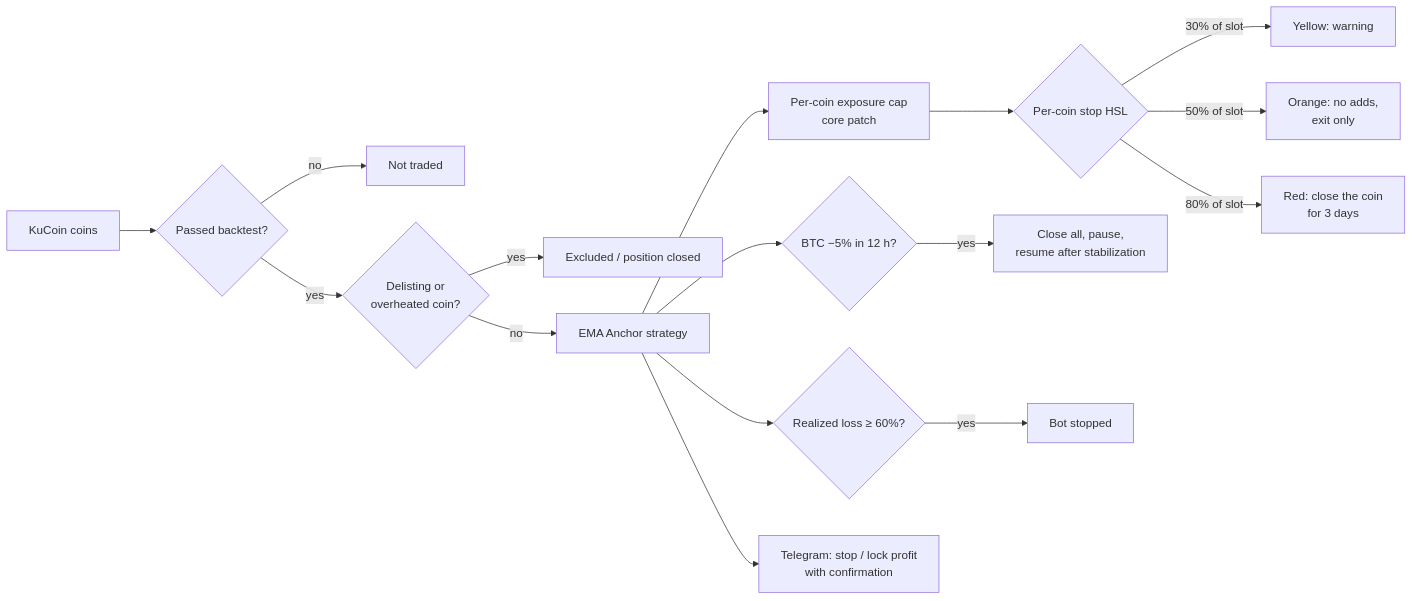
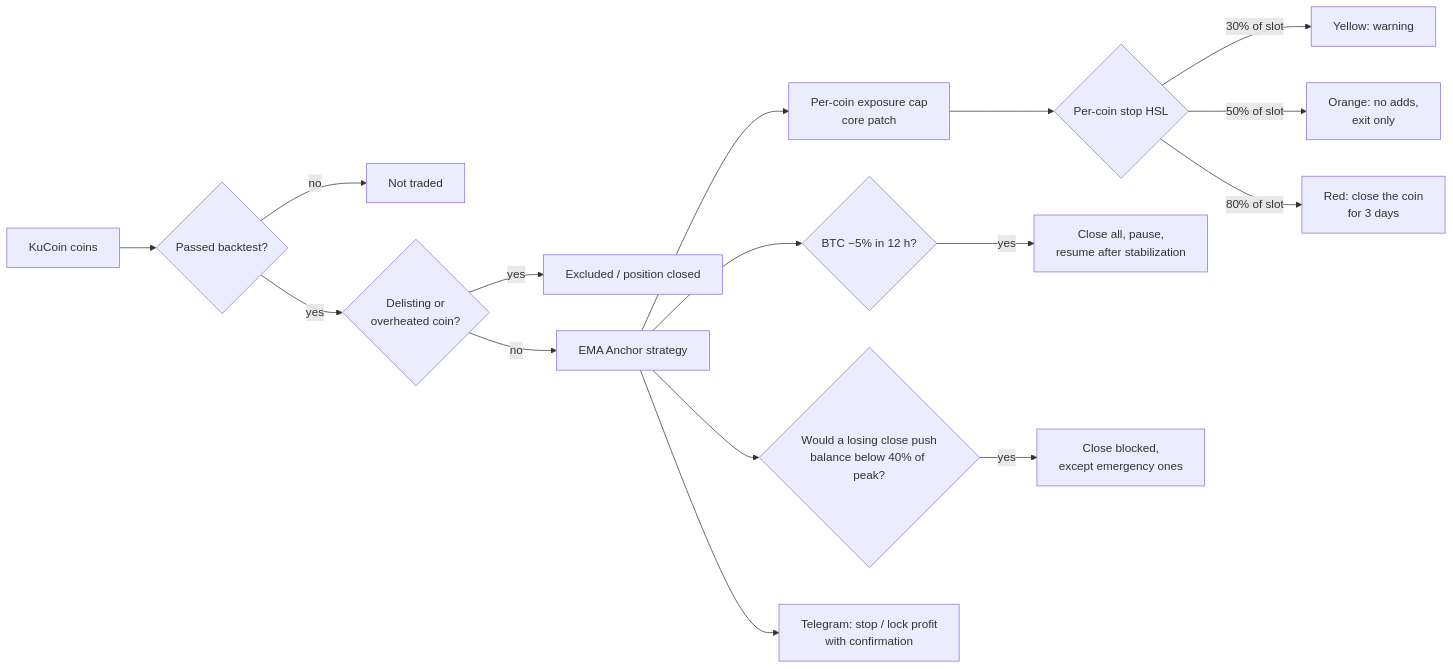
The diagram in README.md (edlianyandex-commits/kucoin-turbo-bot), drawn with Mermaid before and after one commit. The commit also changed other lines of this file and 1 other file, not shown here.

Commit message:
docs: correct loss-limit behaviour and scope of Turbo 6.0 testing

````diff
--- a/README.md
+++ b/README.md
@@ -179,18 +189,18 @@
 ```mermaid
 flowchart LR
     A[KuCoin coins] --> B{Passed backtest?}
     B -- no --> X1[Not traded]
     B -- yes --> C{Delisting or<br/>overheated coin?}
     C -- yes --> X2[Excluded / position closed]
     C -- no --> D[EMA Anchor strategy]
     D --> E[Per-coin exposure cap<br/>core patch]
     E --> F{Per-coin stop HSL}
     F -- 30% of slot --> F1[Yellow: warning]
     F -- 50% of slot --> F2[Orange: no adds,<br/>exit only]
     F -- 80% of slot --> F3[Red: close the coin<br/>for 3 days]
     D --> G{BTC −5% in 12 h?}
     G -- yes --> G1[Close all, pause,<br/>resume after stabilization]
-    D --> H{Realized loss ≥ 60%?}
-    H -- yes --> H1[Bot stopped]
+    D --> H{Would a losing close push<br/>balance below 40% of peak?}
+    H -- yes --> H1[Close blocked,<br/>except emergency ones]
     D --> I[Telegram: stop / lock profit<br/>with confirmation]
 ```
````
